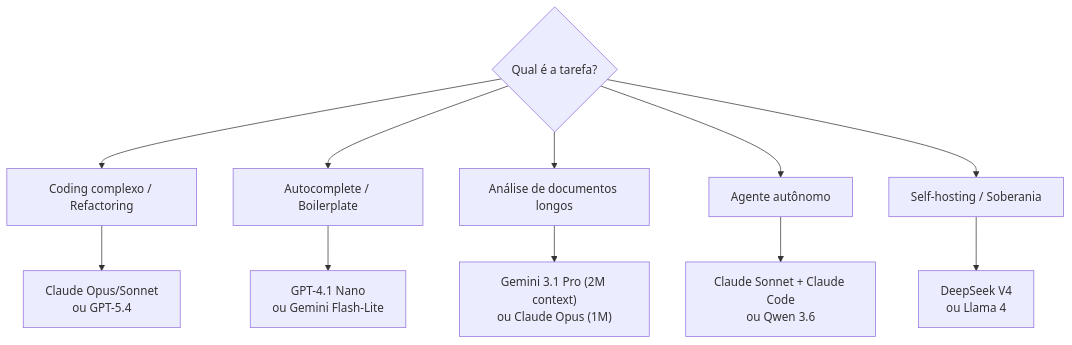
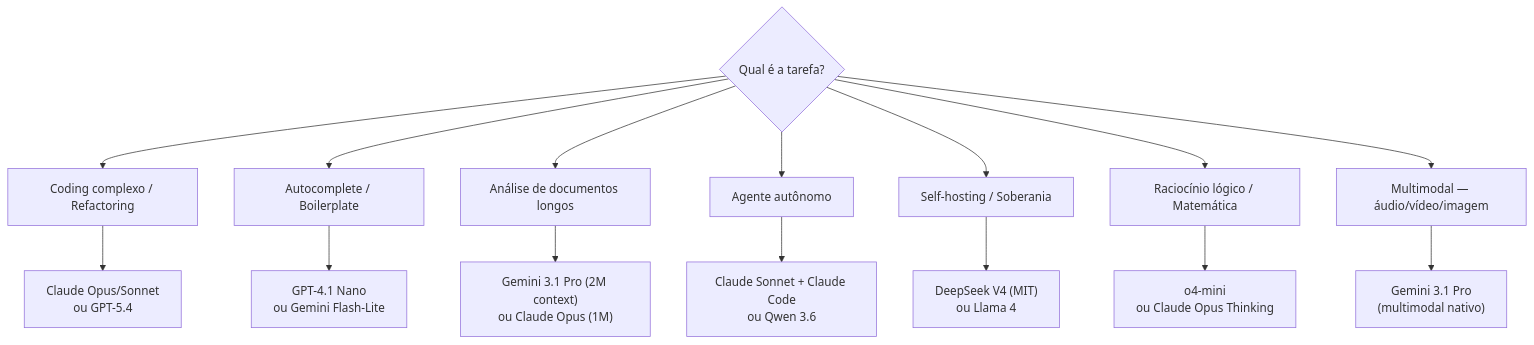
One commit to josenaldo/codex-technomanticus changed the fourth of 5 diagrams in 03-Dominios/Tecnologia/IA/Anatomia dos LLMs/07 - Panorama de modelos 2026.md. Above: the diagram before and after it, drawn with Mermaid. The commit also changed other lines of this file and 5 other files, not shown here.

````diff
--- a/03-Dominios/Tecnologia/IA/Anatomia dos LLMs/07 - Panorama de modelos 2026.md
+++ b/03-Dominios/Tecnologia/IA/Anatomia dos LLMs/07 - Panorama de modelos 2026.md
@@ -92,14 +142,18 @@
 ```mermaid
 graph TD
     A{Qual é a tarefa?} --> B[Coding complexo / Refactoring]
     A --> C[Autocomplete / Boilerplate]
     A --> D[Análise de documentos longos]
     A --> E[Agente autônomo]
     A --> F[Self-hosting / Soberania]
-    
-    B --> G["Claude Opus/Sonnet<br>ou GPT-5.4"]
-    C --> H["GPT-4.1 Nano<br>ou Gemini Flash-Lite"]
-    D --> I["Gemini 3.1 Pro (2M context)<br>ou Claude Opus (1M)"]
-    E --> J["Claude Sonnet + Claude Code<br>ou Qwen 3.6"]
-    F --> K["DeepSeek V4<br>ou Llama 4"]
+    A --> G[Raciocínio lógico / Matemática]
+    A --> H[Multimodal — áudio/vídeo/imagem]
+
+    B --> B1["Claude Opus/Sonnet\nou GPT-5.4"]
+    C --> C1["GPT-4.1 Nano\nou Gemini Flash-Lite"]
+    D --> D1["Gemini 3.1 Pro (2M context)\nou Claude Opus (1M)"]
+    E --> E1["Claude Sonnet + Claude Code\nou Qwen 3.6"]
+    F --> F1["DeepSeek V4 (MIT)\nou Llama 4"]
+    G --> G1["o4-mini\nou Claude Opus Thinking"]
+    H --> H1["Gemini 3.1 Pro\n(multimodal nativo)"]
 ```
````
